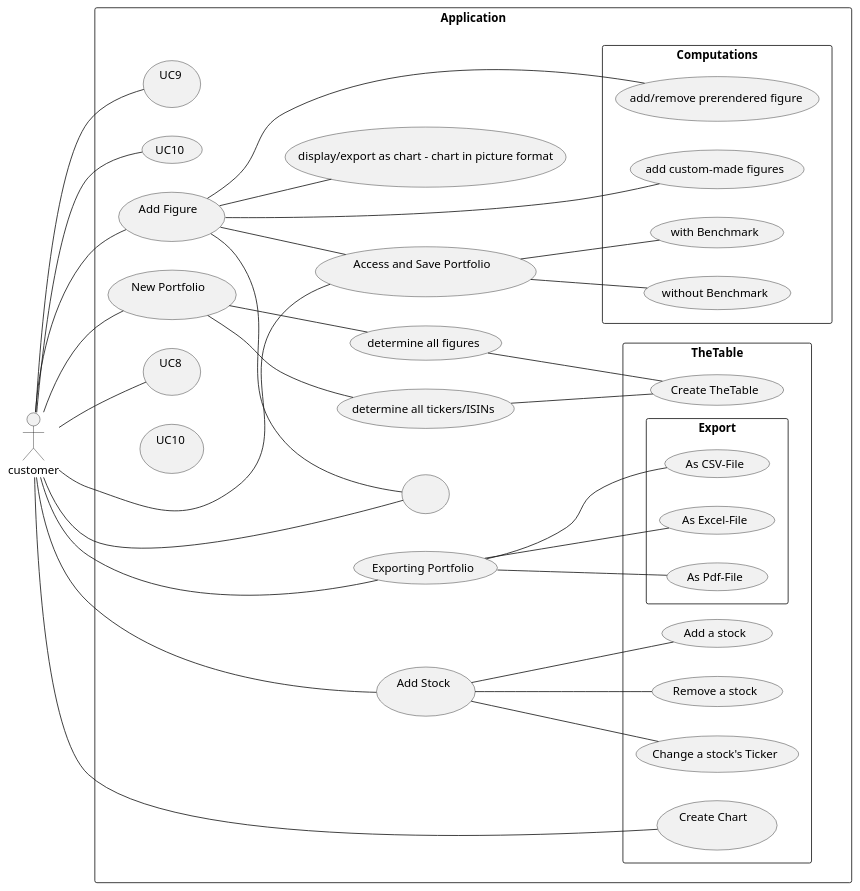
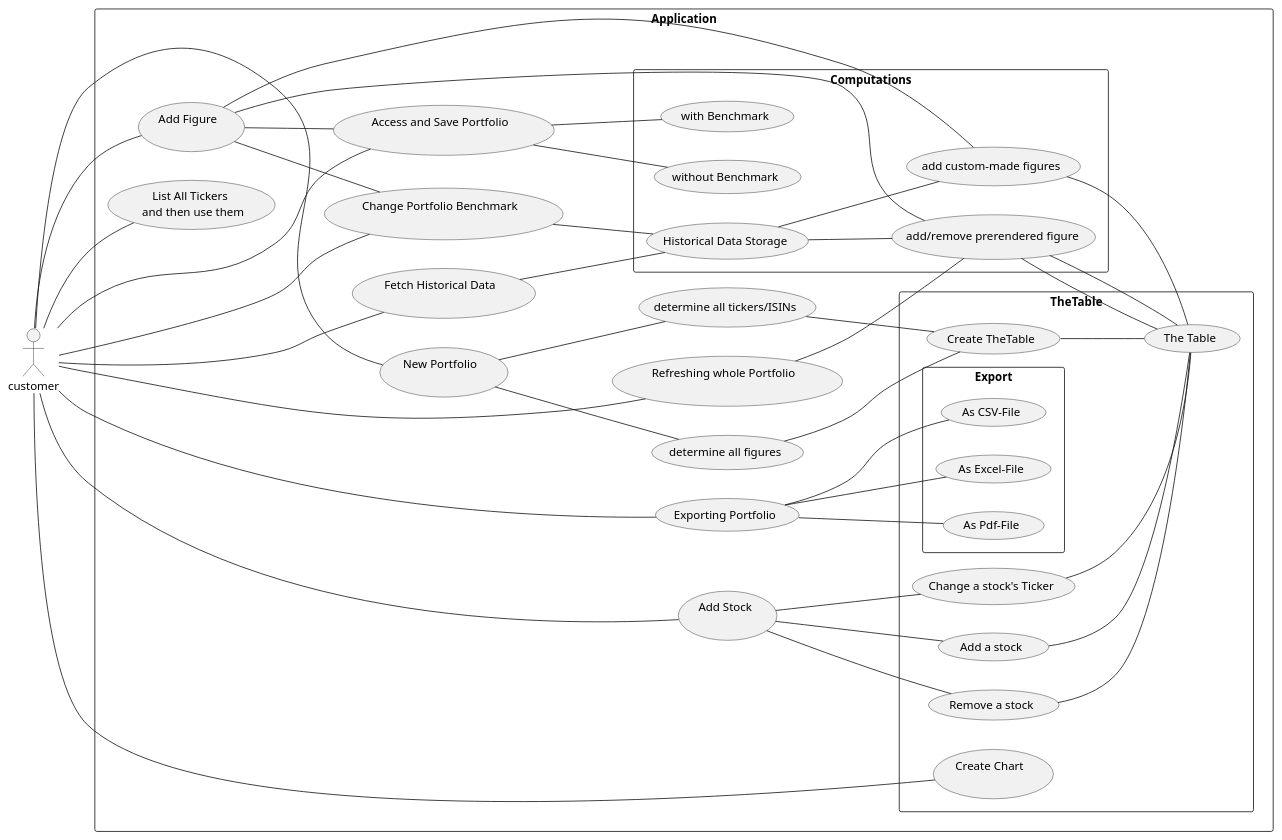
Before and after one commit to rama997project/Stats-Screening: the diagram in Django_Project/UML/UseCaseDiagram.puml, drawn with PlantUML. The commit also changed 1 other file, not shown here.

Commit message:
Updated Use Case Diagram in SRS

```diff
--- a/Django_Project/UML/UseCaseDiagram.puml
+++ b/Django_Project/UML/UseCaseDiagram.puml
@@ -1,92 +1,112 @@
 @startuml
 left to right direction
 skinparam packageStyle rectangle
 
 actor customer
 
 
 
 rectangle Application {
 customer -- (UC1)
 customer -- (UC2)
 customer -- (UC3)
 
 customer -- (UC5)
 customer -- (UC6)
 customer -- (UC7)
+
 customer -- (UC8)
+
 customer -- (UC9)
 customer -- (UC10)
 
 
 
 (UC1) -- (determine all tickers/ISINs)
 (UC1) -- (determine all figures)
 
 rectangle TheTable {
 customer -- (UC4)
 
 
 rectangle Export {
+
 (UC2) -- (As CSV-File)
 (UC2) -- (As Excel-File)
 (UC2) -- (As Pdf-File)
+
 }
 
 (determine all tickers/ISINs) -- (Create TheTable)
 (determine all figures)  -- (Create TheTable)
 
+(Create TheTable) -- (The Table)
+
+
 (UC3) -- (Add a stock)
 (UC3) -- (Remove a stock)
 (UC3) -- (Change a stock's Ticker)
+(Add a stock) -- (The Table)
+(Remove a stock) -- (The Table)
+(Change a stock's Ticker) -- (The Table)
 (UC5) -- (UC7)
 
 }
 
 
 rectangle Computations {
 
+(UC10) -- (add/remove prerendered figure)
+(UC5) -- (add/remove prerendered figure)
+(add/remove prerendered figure) -- (The Table)
+(UC5) -- (add custom-made figures)
 
-(UC5) -- (add/remove prerendered figure)
-(UC5) -- (add custom-made figures)
+(add custom-made figures) -- (The Table)
+(add/remove prerendered figure) -- (The Table)
+
+(UC7) -- (Historical Data Storage)
+
+(Historical Data Storage) -- (add/remove prerendered figure)
+(Historical Data Storage) -- (add custom-made figures)
+
+(UC8) -- (Historical Data Storage)
 (UC5) -- (UC6)
 (UC6) -- (with Benchmark)
 (UC6) -- (without Benchmark)
 
 
 usecase UC6 as "compute figure"
 usecase UC5 as "manage figures"
 
 }
-(UC5) -- (display/export as chart - chart in picture format)
 usecase UC1 as "New Portfolio \n "
 
 usecase UC2 as "Exporting Portfolio"
 
 usecase UC3 as "Add Stock \n "
 
 usecase UC4 as "Create Chart \n "
 
 usecase UC5 as "Add Figure \n "
 
 usecase UC6 as "Access and Save Portfolio \n "
 
-usecase UC7 as " \n "
+usecase UC7 as "Change Portfolio Benchmark \n "
 
-usecase UC8 as "UC8 \n "
+usecase UC8 as "Fetch Historical Data \n "
 
-usecase UC9 as "UC9 \n "
+usecase UC9 as "List All Tickers \n and then use them"
 
-usecase UC710 as "UC10 \n "
+usecase UC10 as "Refreshing whole Portfolio \n "
 }
 
 
 
 
 
 
 
 
 
 
 @enduml
```
